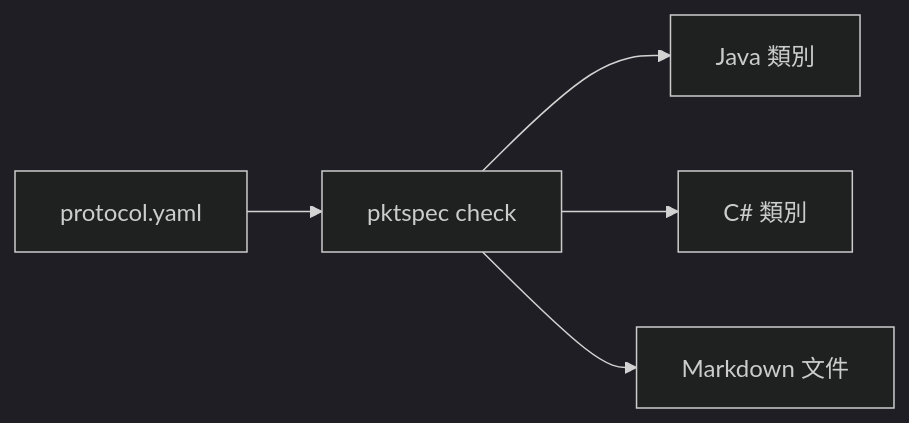
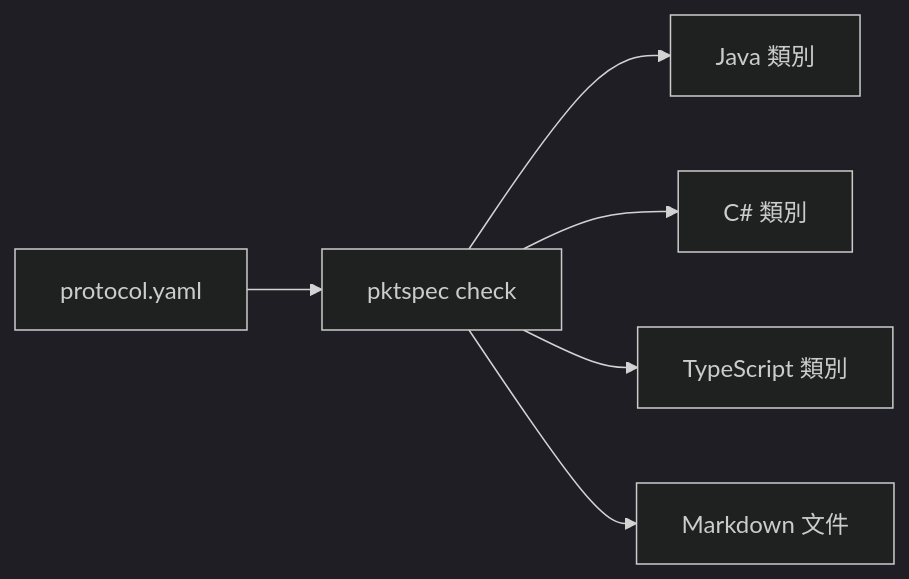
One commit to vtxe02023274/pktspec changed the diagram in README.md. Above: the diagram before and after it, drawn with Mermaid (dark theme). The commit also changed other lines of this file and 46 other files, not shown here.

Commit message:
新增:TypeScript 產生器（網頁客戶端與 Node 伺服器）

````diff
--- a/README.md
+++ b/README.md
@@ -9,7 +9,8 @@
 ```mermaid
 flowchart LR
   yaml[protocol.yaml] --> check[pktspec check]
   check --> java[Java 類別]
   check --> csharp[C# 類別]
+  check --> ts[TypeScript 類別]
   check --> docs[Markdown 文件]
 ```
````
